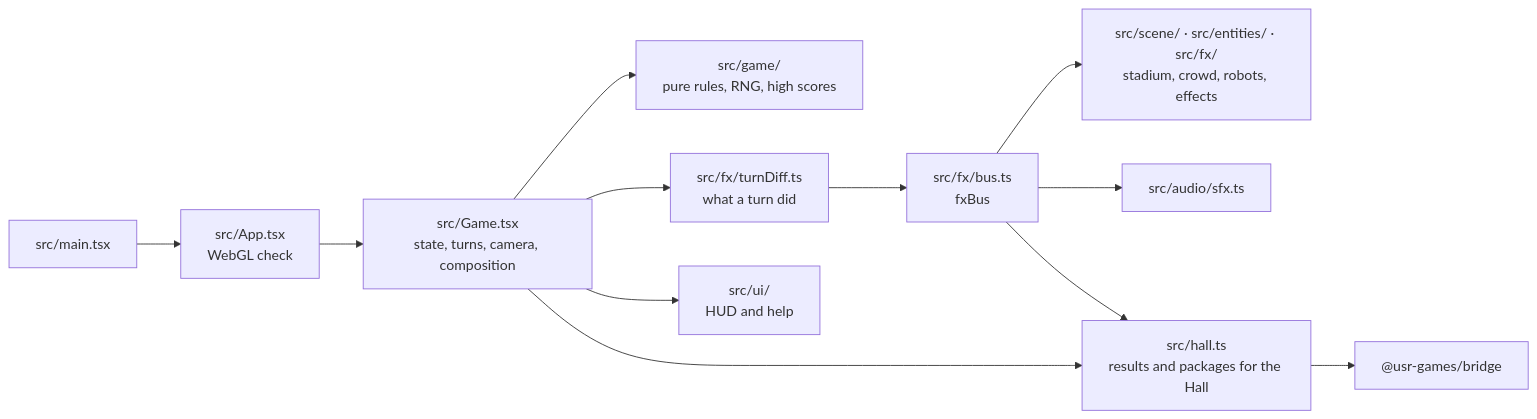
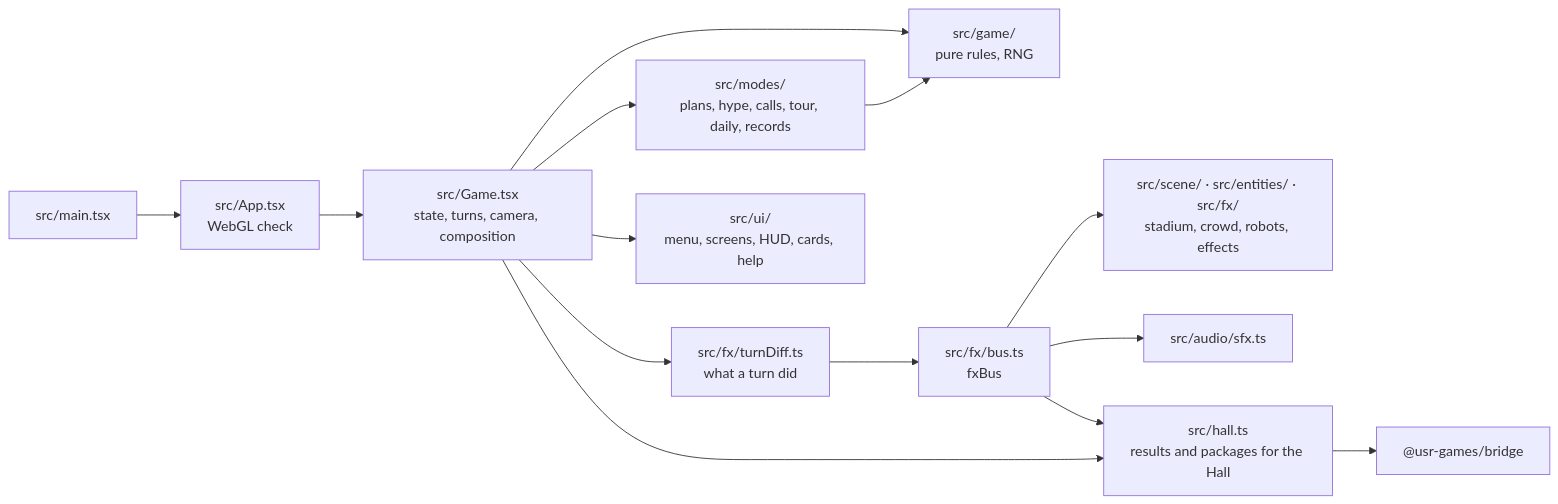
One commit to agunawijaya/usr-games-reborn changed the first of 3 diagrams in games/robots/docs/ARCHITECTURE.md. Above: the diagram before and after it, drawn with Mermaid. The commit also changed other lines of this file and 51 other files, not shown here.

First line of the commit message:
Robots: game menu, five modes, crowd hype, jumbotron calls and match reports

````diff
--- a/games/robots/docs/ARCHITECTURE.md
+++ b/games/robots/docs/ARCHITECTURE.md
@@ -14,14 +16,16 @@
 ```mermaid
 flowchart LR
   main["src/main.tsx"] --> app["src/App.tsx<br/>WebGL check"]
   app --> game["src/Game.tsx<br/>state, turns, camera, composition"]
-  game --> engine["src/game/<br/>pure rules, RNG, high scores"]
+  game --> engine["src/game/<br/>pure rules, RNG"]
+  game --> modes["src/modes/<br/>plans, hype, calls, tour, daily, records"]
+  modes --> engine
   game --> diff["src/fx/turnDiff.ts<br/>what a turn did"]
   diff --> bus["src/fx/bus.ts<br/>fxBus"]
   bus --> scene["src/scene/ · src/entities/ · src/fx/<br/>stadium, crowd, robots, effects"]
   bus --> audio["src/audio/sfx.ts"]
   bus --> hall["src/hall.ts<br/>results and packages for the Hall"]
-  game --> hud["src/ui/<br/>HUD and help"]
+  game --> hud["src/ui/<br/>menu, screens, HUD, cards, help"]
   game --> hall
   hall --> bridge["@usr-games/bridge"]
 ```
````
